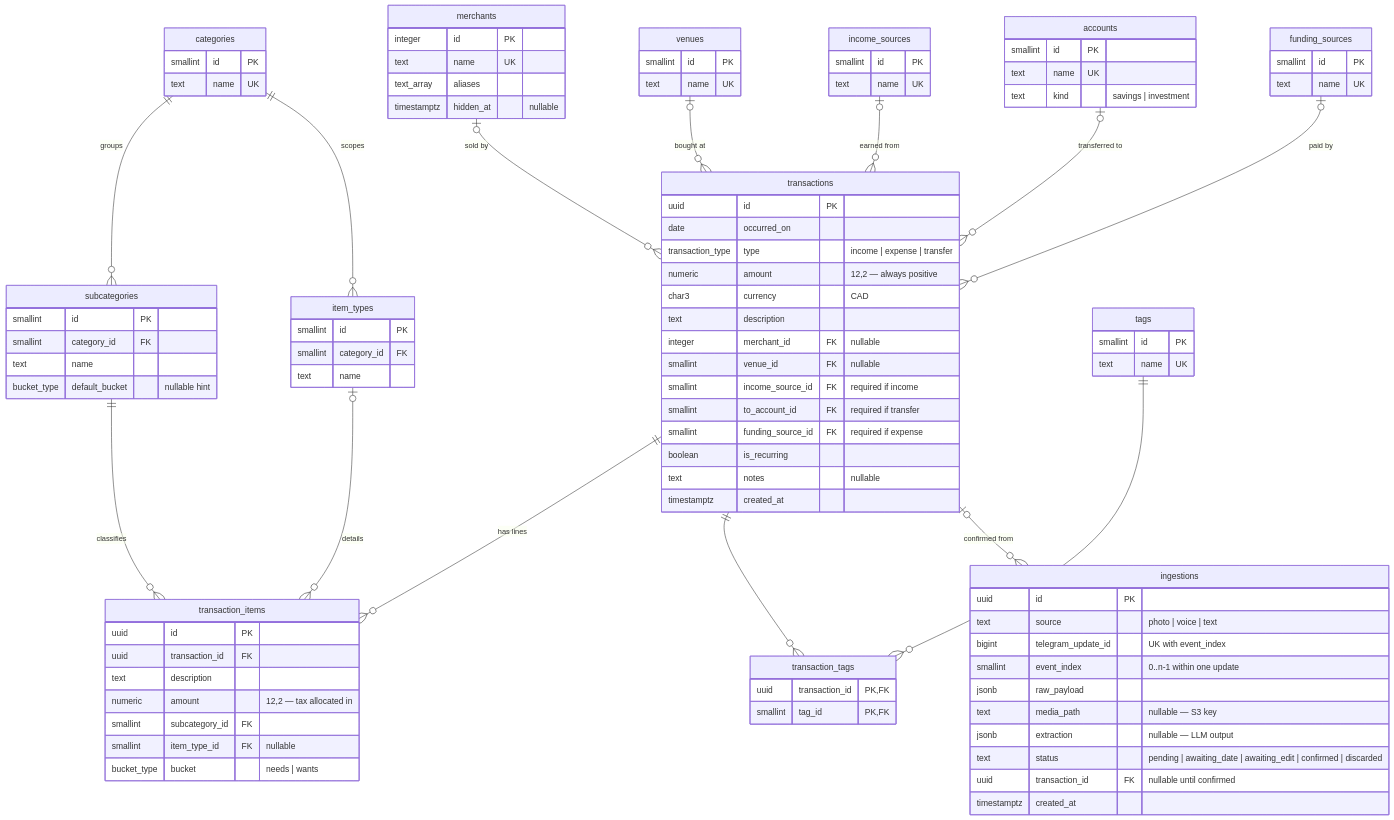
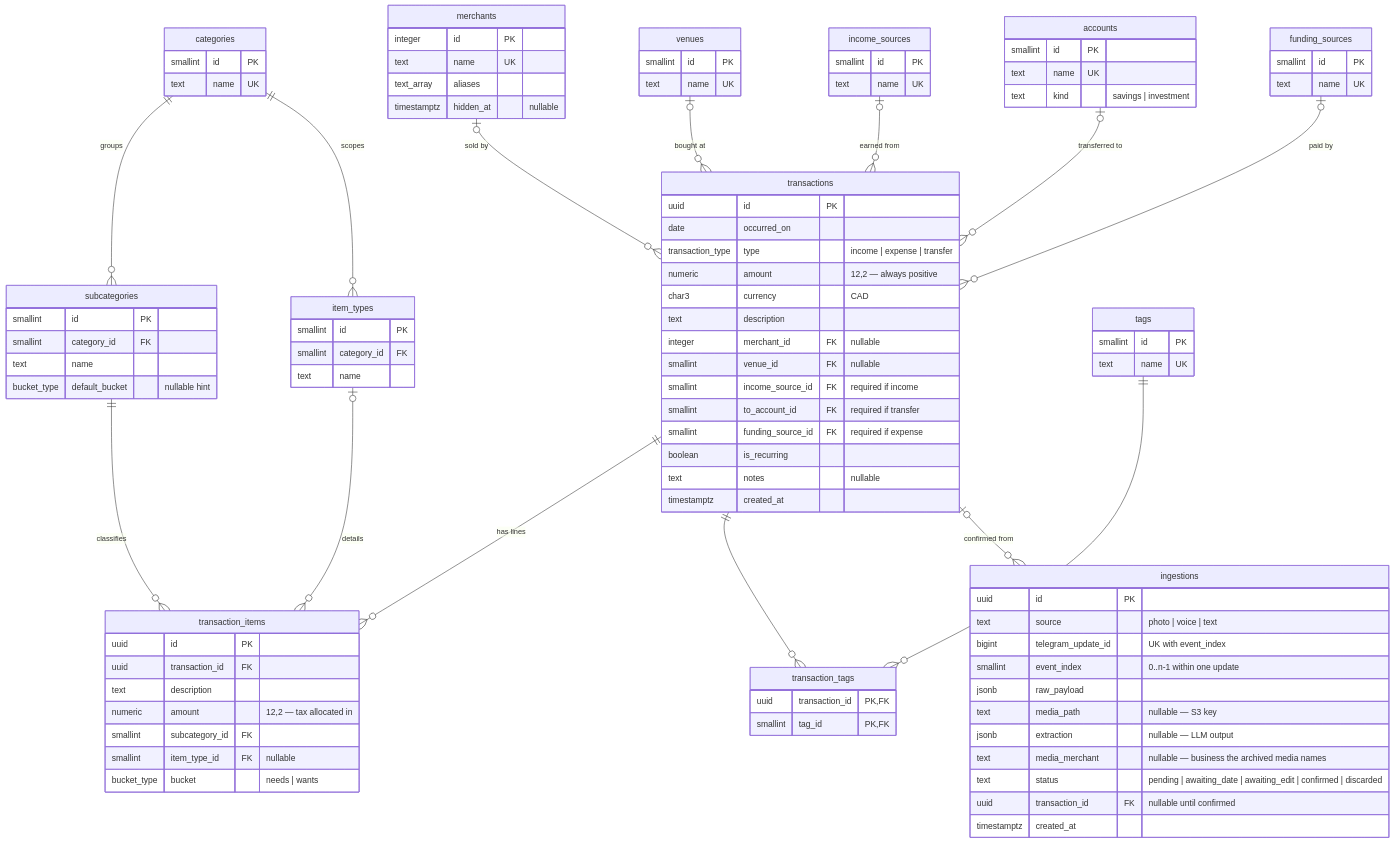
One commit to rafachan3/finflow changed the diagram in docs/DATA_MODEL.md. Above: the diagram before and after it, drawn with Mermaid. The commit also changed other lines of this file and 26 other files, not shown here.

```diff
--- a/docs/DATA_MODEL.md
+++ b/docs/DATA_MODEL.md
@@ -82,6 +82,7 @@
     jsonb raw_payload
     text media_path "nullable — S3 key"
     jsonb extraction "nullable — LLM output"
+    text media_merchant "nullable — business the archived media names"
     text status "pending | awaiting_date | awaiting_edit | confirmed | discarded"
     uuid transaction_id FK "nullable until confirmed"
     timestamptz created_at
```
